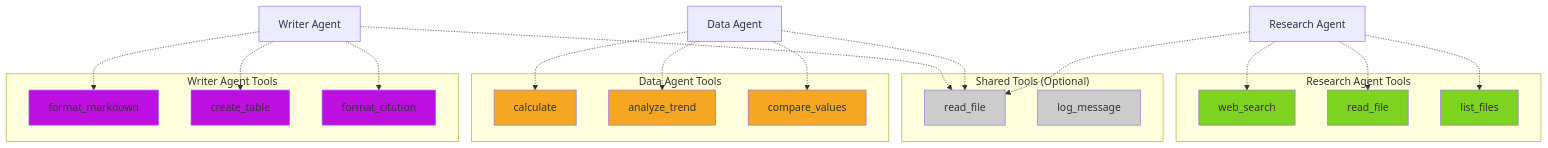
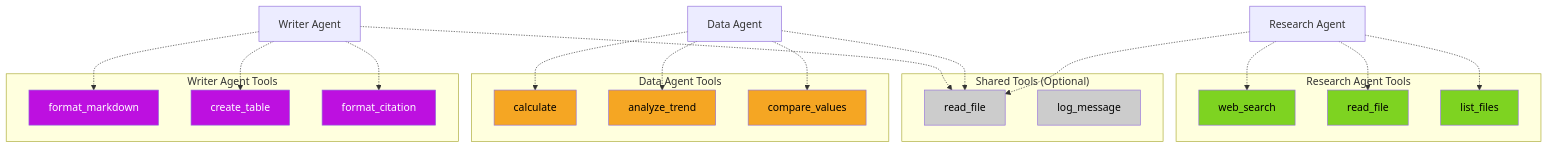
Before and after one commit to EideticPleroma/tutorials: the diagram in lesson-2-multi-agent/tutorial-2/concepts/agent-specialization.md, drawn with Mermaid. The commit also changed 7 other files, not shown here.

First line of the commit message:
docs: implement color contrast standards across all diagrams

````diff
--- a/lesson-2-multi-agent/tutorial-2/concepts/agent-specialization.md
+++ b/lesson-2-multi-agent/tutorial-2/concepts/agent-specialization.md
@@ -244,52 +244,52 @@
 ```mermaid
 graph TD
     subgraph "Research Agent Tools"
         R1[web_search]
         R2[read_file]
         R3[list_files]
     end
     
     subgraph "Data Agent Tools"
         D1[calculate]
         D2[analyze_trend]
         D3[compare_values]
     end
     
     subgraph "Writer Agent Tools"
         W1[format_markdown]
         W2[create_table]
         W3[format_citation]
     end
     
     subgraph "Shared Tools (Optional)"
         S1[read_file]
         S2[log_message]
     end
     
     RA[Research Agent] -.-> R1
     RA -.-> R2
     RA -.-> R3
     RA -.-> S1
     
     DA[Data Agent] -.-> D1
     DA -.-> D2
     DA -.-> D3
     DA -.-> S1
     
     WA[Writer Agent] -.-> W1
     WA -.-> W2
     WA -.-> W3
     WA -.-> S1
     
-    style R1 fill:#7ED321
-    style R2 fill:#7ED321
-    style R3 fill:#7ED321
-    style D1 fill:#F5A623
-    style D2 fill:#F5A623
-    style D3 fill:#F5A623
-    style W1 fill:#BD10E0
-    style W2 fill:#BD10E0
-    style W3 fill:#BD10E0
-    style S1 fill:#CCCCCC
-    style S2 fill:#CCCCCC
+    style R1 fill:#7ED321,color:#000000
+    style R2 fill:#7ED321,color:#000000
+    style R3 fill:#7ED321,color:#000000
+    style D1 fill:#F5A623,color:#000000
+    style D2 fill:#F5A623,color:#000000
+    style D3 fill:#F5A623,color:#000000
+    style W1 fill:#BD10E0,color:#FFFFFF
+    style W2 fill:#BD10E0,color:#FFFFFF
+    style W3 fill:#BD10E0,color:#FFFFFF
+    style S1 fill:#CCCCCC,color:#000000
+    style S2 fill:#CCCCCC,color:#000000
 ```
````
